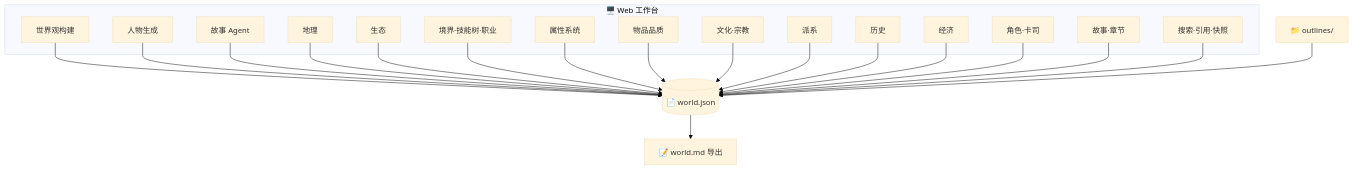
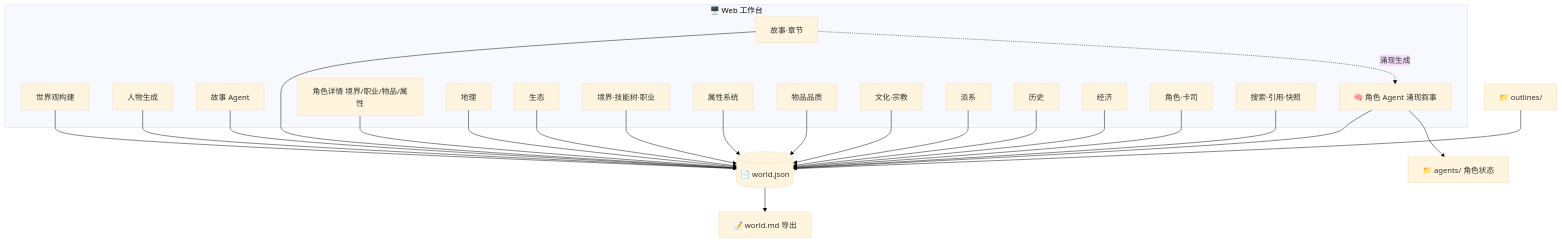
One commit to Lucas-Wang-THU/Magic_Creater_World changed the fourth of 4 diagrams in README.md. Above: the diagram before and after it, drawn with Mermaid (base theme). The commit also changed other lines of this file and 8 other files, not shown here.

````diff
--- a/README.md
+++ b/README.md
@@ -354,41 +394,48 @@
 ```mermaid
 flowchart TB
   subgraph UI["🖥️ Web 工作台"]
     CHAT[世界观构建]
     CHARCHAT[人物生成]
     STORYCHAT[故事 Agent]
+    AGENT[🧠 角色 Agent 涌现叙事]
+    CHARDETAIL[角色详情 境界/职业/物品/属性]
     GEO[地理]
     ECO[生态]
     POW[境界·技能树·职业]
     ATTR[属性系统]
     ITEM[物品品质]
     CUL[文化·宗教]
     FAC[派系]
     HIS[历史]
     ECON[经济]
     CHAR[角色·卡司]
     STORY[故事·章节]
     TOOLS[搜索·引用·快照]
   end
   JSON[(📄 world.json)]
   MD[📝 world.md 导出]
   OL[📁 outlines/]
+  ADIR[📁 agents/ 角色状态]
 
   CHAT --> JSON
   CHARCHAT --> JSON
   STORYCHAT --> JSON
   GEO --> JSON
   ECO --> JSON
   POW --> JSON
   ATTR --> JSON
   ITEM --> JSON
   CUL --> JSON
   FAC --> JSON
   HIS --> JSON
   ECON --> JSON
   CHAR --> JSON
   STORY --> JSON
   JSON --> MD
   TOOLS --> JSON
   OL --> JSON
+  AGENT --> JSON
+  CHARDETAIL --> JSON
+  AGENT --> ADIR
+  STORY -.->|涌现生成| AGENT
 ```
````
